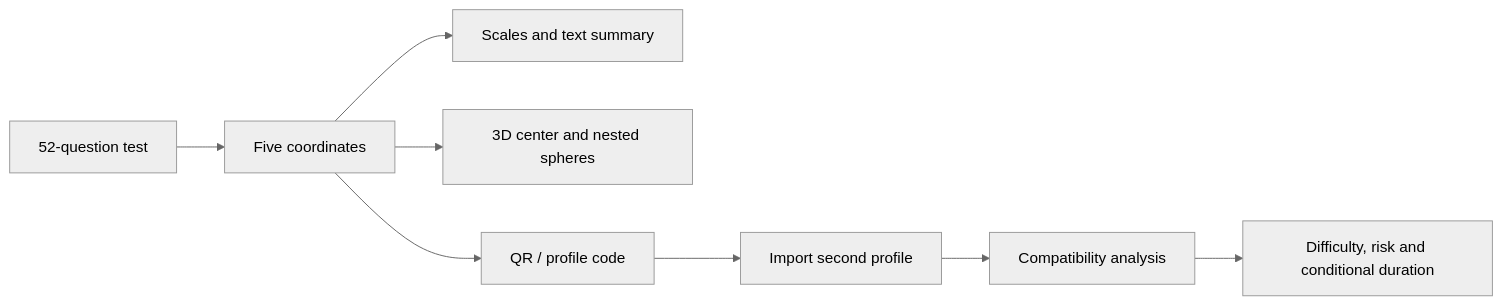
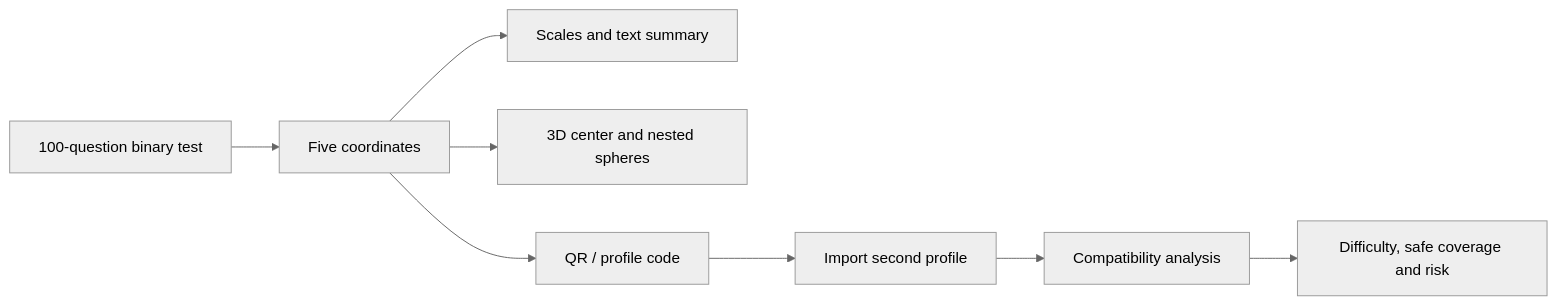
Before and after one commit to akvatom/P5D1: the diagram in README.md, drawn with Mermaid (neutral theme). The commit also changed other lines of this file and 6 other files, not shown here.

````diff
--- a/README.md
+++ b/README.md
@@ -100,10 +101,10 @@
 ```mermaid
 flowchart LR
-    A[52-question test] --> B[Five coordinates]
+    A[100-question binary test] --> B[Five coordinates]
     B --> C[Scales and text summary]
     B --> D[3D center and nested spheres]
     B --> E[QR / profile code]
     E --> F[Import second profile]
     F --> G[Compatibility analysis]
-    G --> H[Difficulty, risk and conditional duration]
+    G --> H[Difficulty, safe coverage and risk]
 ```
````
